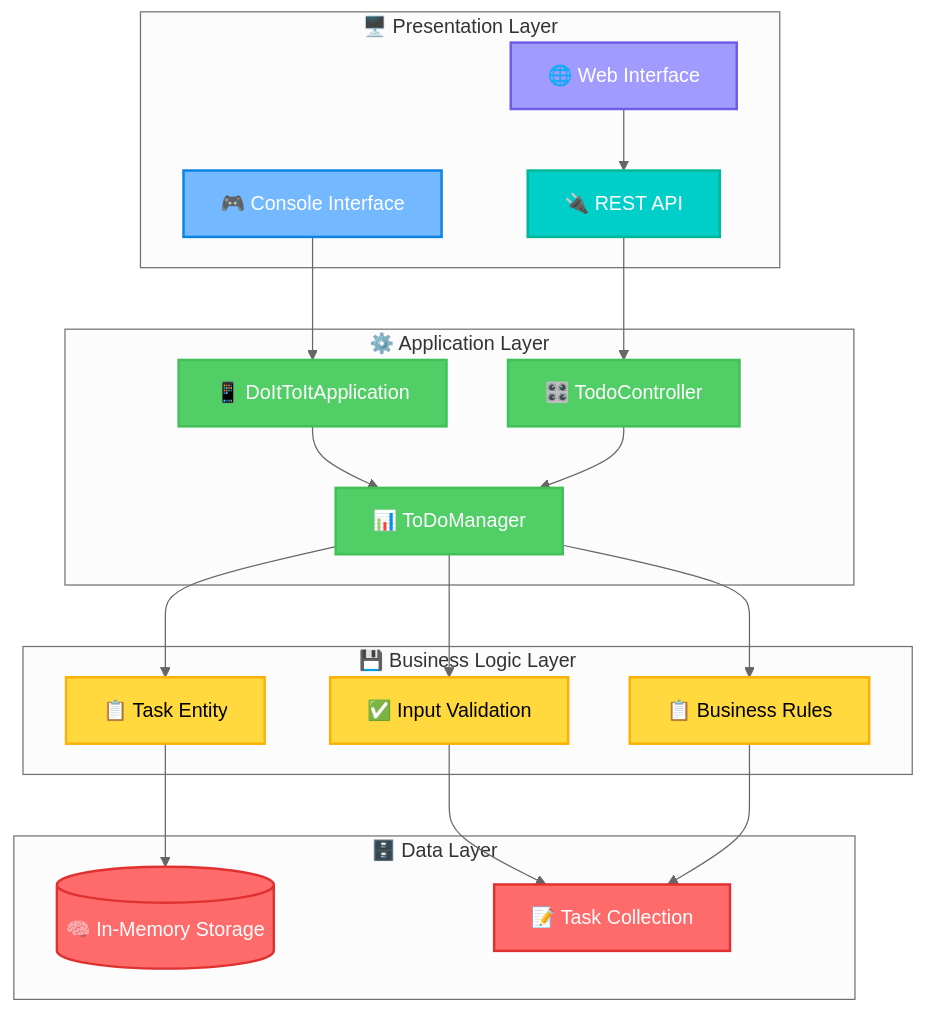
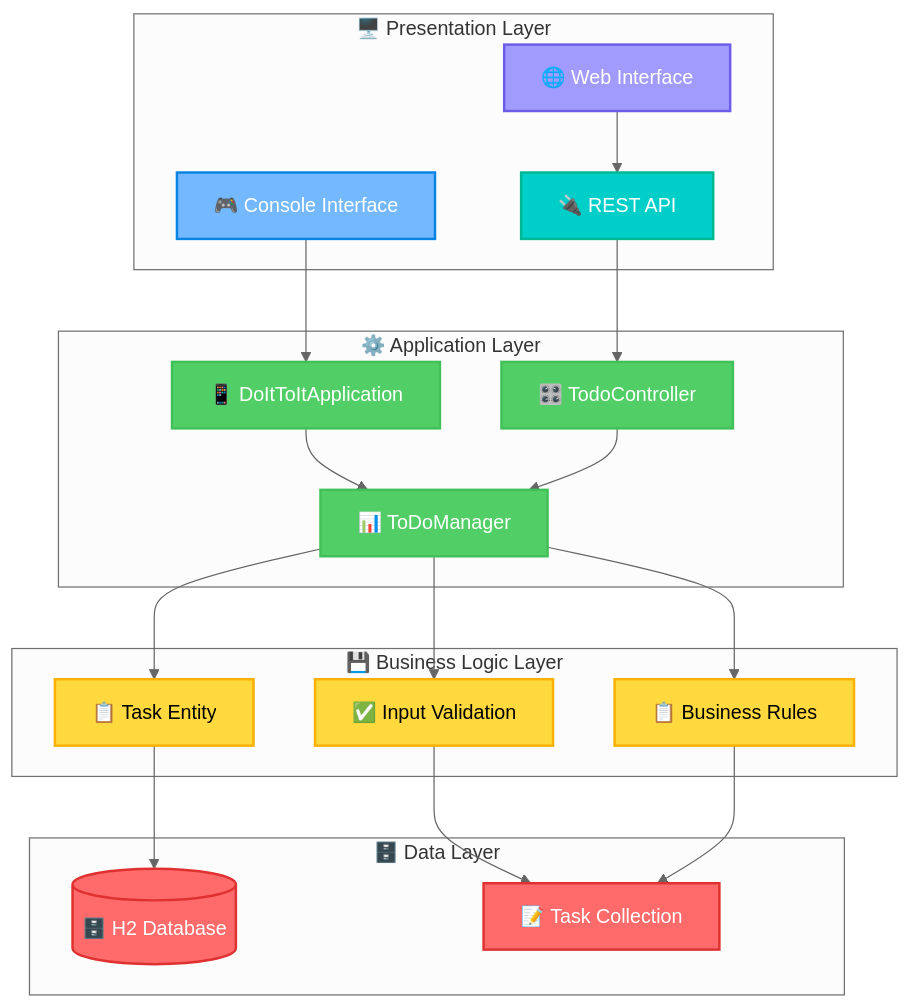
Before and after one commit to hillmatthew2000/Do-It-To-It: the first of 2 diagrams in README.md, drawn with Mermaid (neutral theme). The commit also changed other lines of this file and 40 other files, not shown here.

````diff
--- a/README.md
+++ b/README.md
@@ -125,41 +125,41 @@
 ```mermaid
 graph TB
     subgraph "🖥️ Presentation Layer"
         Console[🎮 Console Interface]:::consoleColor
         WebUI[🌐 Web Interface]:::webColor
         RestAPI[🔌 REST API]:::apiColor
     end
     subgraph "⚙️ Application Layer"
         MainApp[📱 DoItToItApplication]:::appColor
         Controller[🎛️ TodoController]:::appColor
         Manager[📊 ToDoManager]:::appColor
     end
     subgraph "💾 Business Logic Layer"
         TaskModel[📋 Task Entity]:::modelColor
         Validation[✅ Input Validation]:::modelColor
         BusinessRules[📋 Business Rules]:::modelColor
     end
     subgraph "🗄️ Data Layer"
-        InMemory[(🧠 In-Memory Storage)]:::dataColor
+        InMemory[(🗄️ H2 Database)]:::dataColor
         TaskList[📝 Task Collection]:::dataColor
     end
     
     Console --> MainApp
     WebUI --> RestAPI
     RestAPI --> Controller
     MainApp --> Manager
     Controller --> Manager
     Manager --> TaskModel
     Manager --> Validation
     Manager --> BusinessRules
     TaskModel --> InMemory
     Validation --> TaskList
     BusinessRules --> TaskList
     
     classDef consoleColor fill:#74b9ff,stroke:#0984e3,stroke-width:2px,color:#fff
     classDef webColor fill:#a29bfe,stroke:#6c5ce7,stroke-width:2px,color:#fff
     classDef apiColor fill:#00cec9,stroke:#00b894,stroke-width:2px,color:#fff
     classDef appColor fill:#51cf66,stroke:#40c057,stroke-width:2px,color:#fff
     classDef modelColor fill:#ffd93d,stroke:#fab005,stroke-width:2px,color:#000
     classDef dataColor fill:#ff6b6b,stroke:#e03131,stroke-width:2px,color:#fff
 ```
````
